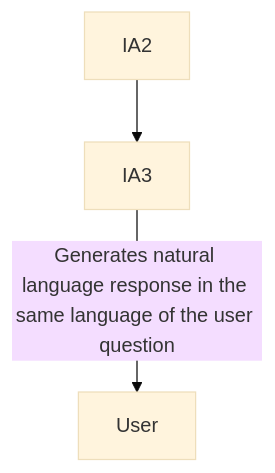
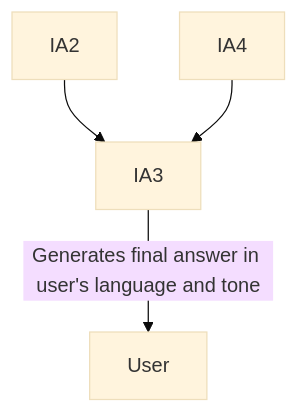
Before and after one commit to raphael-santosz/LangQueryGen: the fifth of 5 diagrams in README.md, drawn with Mermaid (base theme). The commit also changed other lines of this file, not shown here.

````diff
--- a/README.md
+++ b/README.md
@@ -160,5 +249,6 @@
 ```mermaid
 flowchart TD
     IA2 --> IA3
-    IA3 -->|Generates natural language response in the same language of the user question| User
+    IA4 --> IA3
+    IA3 -->|Generates final answer in user's language and tone| User
 ```
````
